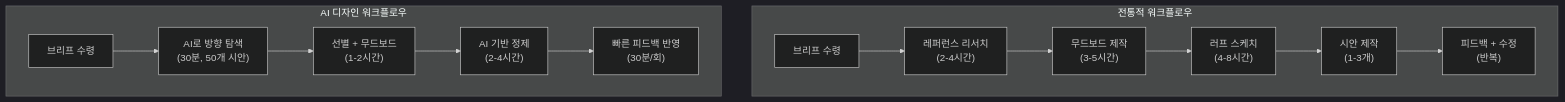
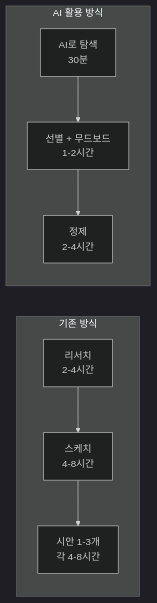
One commit to jsonpassion/forge-tutorial-promptcanvas changed the second of 3 diagrams in 01-ch1-ai-이미지-생성-개론/01-01-생성형-ai가-바꾸는-디자인-워크플로우.md. Above: the diagram before and after it, drawn with Mermaid (dark theme). The commit also changed other lines of this file and 12 other files, not shown here.

````diff
--- a/01-ch1-ai-이미지-생성-개론/01-01-생성형-ai가-바꾸는-디자인-워크플로우.md
+++ b/01-ch1-ai-이미지-생성-개론/01-01-생성형-ai가-바꾸는-디자인-워크플로우.md
@@ -118,16 +85,9 @@
 ```mermaid
-flowchart TD
-    subgraph Traditional["전통적 워크플로우"]
-        T1["브리프 수령"] --> T2["레퍼런스 리서치<br/>(2-4시간)"]
-        T2 --> T3["무드보드 제작<br/>(3-5시간)"]
-        T3 --> T4["러프 스케치<br/>(4-8시간)"]
-        T4 --> T5["시안 제작<br/>(1-3개)"]
-        T5 --> T6["피드백 + 수정<br/>(반복)"]
+flowchart LR
+    subgraph Before["기존 방식"]
+        B1["리서치<br/>2-4시간"] --> B2["스케치<br/>4-8시간"] --> B3["시안 1-3개<br/>각 4-8시간"]
     end
-    subgraph AI["AI 디자인 워크플로우"]
-        A1["브리프 수령"] --> A2["AI로 방향 탐색<br/>(30분, 50개 시안)"]
-        A2 --> A3["선별 + 무드보드<br/>(1-2시간)"]
-        A3 --> A4["AI 기반 정제<br/>(2-4시간)"]
-        A4 --> A5["빠른 피드백 반영<br/>(30분/회)"]
+    subgraph After["AI 활용 방식"]
+        A1["AI로 탐색<br/>30분"] --> A2["선별 + 무드보드<br/>1-2시간"] --> A3["정제<br/>2-4시간"]
     end
 ```
````
